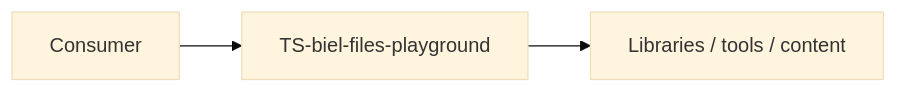
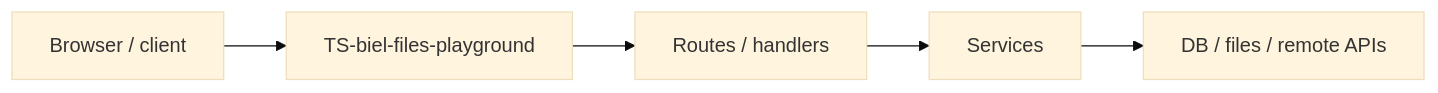
One commit to AnonymousWalker/project-repos-diagram changed the third of 3 diagrams in architecture/WycliffeAssociates/TS-biel-files-playground-architecture.md. Above: the diagram before and after it, drawn with Mermaid (base theme). The commit also changed other lines of this file and 18 other files, not shown here.

Commit message:
chore: refresh architecture diagrams

````diff
--- a/architecture/WycliffeAssociates/TS-biel-files-playground-architecture.md
+++ b/architecture/WycliffeAssociates/TS-biel-files-playground-architecture.md
@@ -45,5 +64,7 @@
 ```mermaid
 flowchart LR
-  Consumer["Consumer"] --> Repo["TS-biel-files-playground"]
-  Repo --> Artifacts["Libraries / tools / content"]
+  Client["Browser / client"] --> App["TS-biel-files-playground"]
+  App --> API["Routes / handlers"]
+  API --> Services["Services"]
+  Services --> Store["DB / files / remote APIs"]
 ```
````
